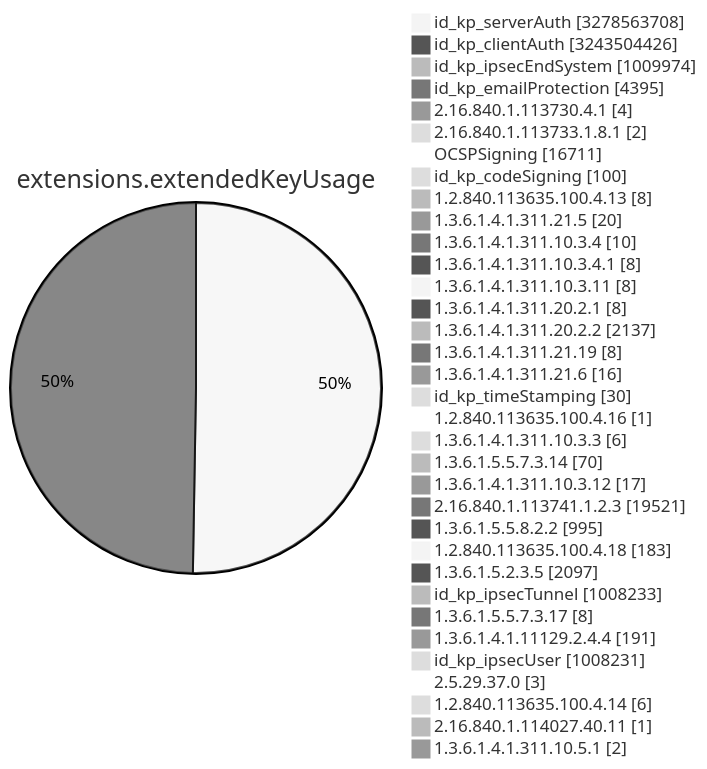
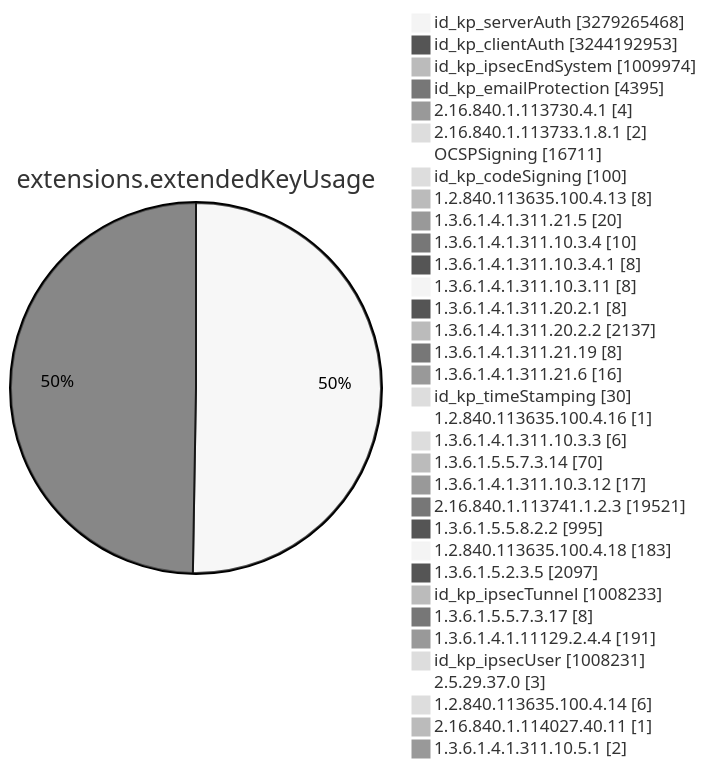
One commit to christiankrug/ctmonitor_visualization changed diagram 11 of 15 in TOTAL/README.md. Above: the diagram before and after it, drawn with Mermaid (neutral theme). The commit also changed other lines of this file, not shown here.

````diff
--- a/TOTAL/README.md
+++ b/TOTAL/README.md
@@ -4119,38 +4119,38 @@
 ```mermaid
 pie showData
 title extensions.extendedKeyUsage
-"id_kp_serverAuth" :3278563708
-"id_kp_clientAuth" :3243504426
+"id_kp_serverAuth" :3279265468
+"id_kp_clientAuth" :3244192953
 "id_kp_ipsecEndSystem" :1009974
 "id_kp_emailProtection" :4395
 "2.16.840.1.113730.4.1" :4
 "2.16.840.1.113733.1.8.1" :2
 "OCSPSigning" :16711
 "id_kp_codeSigning" :100
 "1.2.840.113635.100.4.13" :8
 "1.3.6.1.4.1.311.21.5" :20
 "1.3.6.1.4.1.311.10.3.4" :10
 "1.3.6.1.4.1.311.10.3.4.1" :8
 "1.3.6.1.4.1.311.10.3.11" :8
 "1.3.6.1.4.1.311.20.2.1" :8
 "1.3.6.1.4.1.311.20.2.2" :2137
 "1.3.6.1.4.1.311.21.19" :8
 "1.3.6.1.4.1.311.21.6" :16
 "id_kp_timeStamping" :30
 "1.2.840.113635.100.4.16" :1
 "1.3.6.1.4.1.311.10.3.3" :6
 "1.3.6.1.5.5.7.3.14" :70
 "1.3.6.1.4.1.311.10.3.12" :17
 "2.16.840.1.113741.1.2.3" :19521
 "1.3.6.1.5.5.8.2.2" :995
 "1.2.840.113635.100.4.18" :183
 "1.3.6.1.5.2.3.5" :2097
 "id_kp_ipsecTunnel" :1008233
 "1.3.6.1.5.5.7.3.17" :8
 "1.3.6.1.4.1.11129.2.4.4" :191
 "id_kp_ipsecUser" :1008231
 "2.5.29.37.0" :3
 "1.2.840.113635.100.4.14" :6
 "2.16.840.1.114027.40.11" :1
 "1.3.6.1.4.1.311.10.5.1" :2
 ```
````
